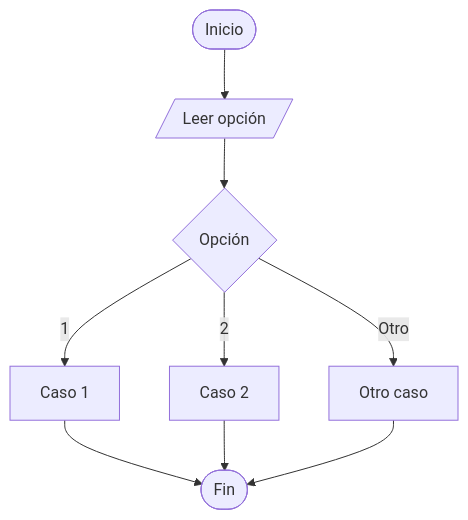
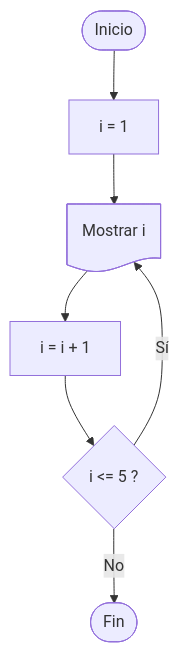
Diagram 14 of 15 in Tema04_Control/1-instrucciones_control.md (Abel-DB/Algoritmos-programacion), drawn with Mermaid before and after one commit. The commit also changed other lines of this file, not shown here.

````diff
--- a/Tema04_Control/1-instrucciones_control.md
+++ b/Tema04_Control/1-instrucciones_control.md
@@ -206,18 +277,19 @@
-~~~mermaid
+```mermaid
 flowchart TD
+
 A([Inicio])
-B[/Leer opción/]
-C{Opción}
-D[Caso 1]
-E[Caso 2]
-F[Otro caso]
-G([Fin])
 
-A --> B --> C
-C -->|1| D
-C -->|2| E
-C -->|Otro| F
-D --> G
-E --> G
-F --> G
-~~~
+B@{ shape: rect, label: "i = 1" }
+
+C@{ shape: doc, label: "Mostrar i" }
+
+D@{ shape: rect, label: "i = i + 1" }
+
+E@{ shape: diamond, label: "i <= 5 ?" }
+
+F([Fin])
+
+A --> B --> C --> D --> E
+E -->|Sí| C
+E -->|No| F
+```
````
